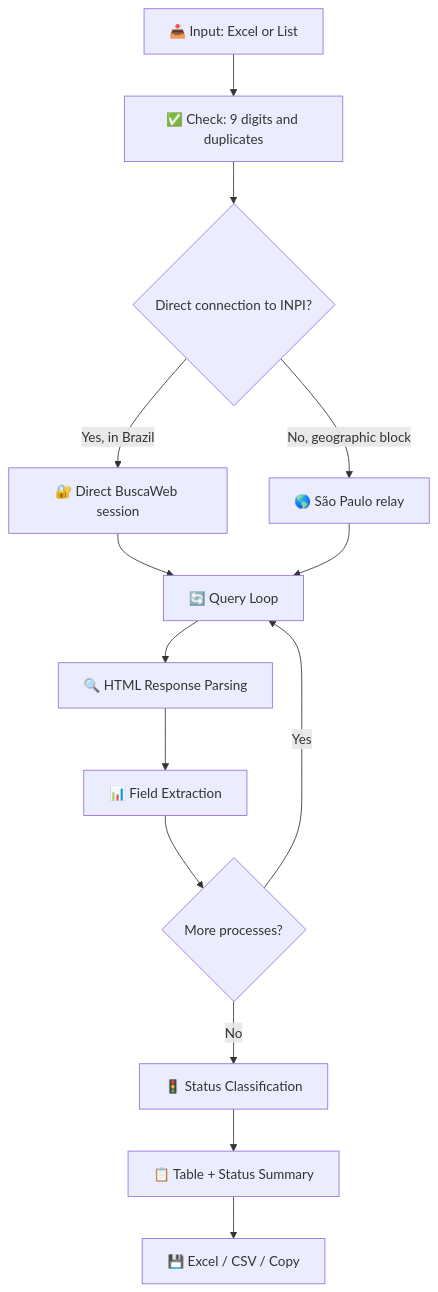
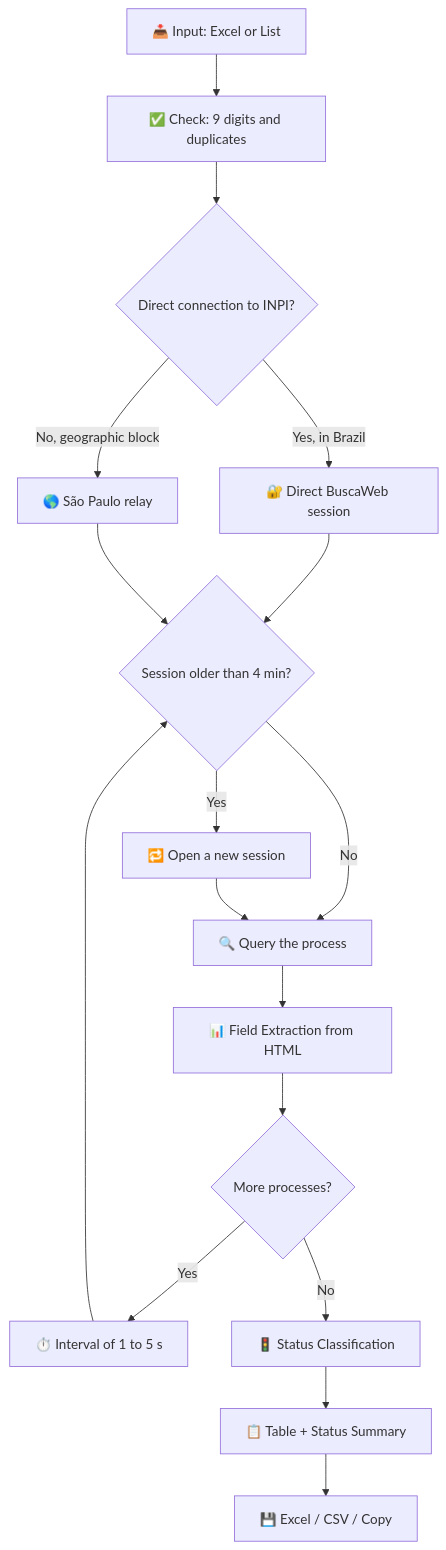
The second of 2 diagrams in README.md (GabrielaSchmitt/INPedia), drawn with Mermaid before and after one commit. The commit also changed other lines of this file and 1 other file, not shown here.

````diff
--- a/README.md
+++ b/README.md
@@ -318,16 +327,19 @@
 ```mermaid
 graph TD
     A[📥 Input: Excel or List] --> B[✅ Check: 9 digits and duplicates]
     B --> C{Direct connection to INPI?}
     C -->|Yes, in Brazil| D[🔐 Direct BuscaWeb session]
     C -->|No, geographic block| E[🌎 São Paulo relay]
-    D --> F[🔄 Query Loop]
-    E --> F
-    F --> G[🔍 HTML Response Parsing]
-    G --> H[📊 Field Extraction]
-    H --> I{More processes?}
-    I -->|Yes| F
+    D --> S{Session older than 4 min?}
+    E --> S
+    S -->|Yes| R[🔁 Open a new session]
+    S -->|No| F[🔍 Query the process]
+    R --> F
+    F --> G[📊 Field Extraction from HTML]
+    G --> I{More processes?}
+    I -->|Yes| T[⏱️ Interval of 1 to 5 s]
+    T --> S
     I -->|No| J[🚦 Status Classification]
     J --> K[📋 Table + Status Summary]
     K --> L[💾 Excel / CSV / Copy]
 ```
````
